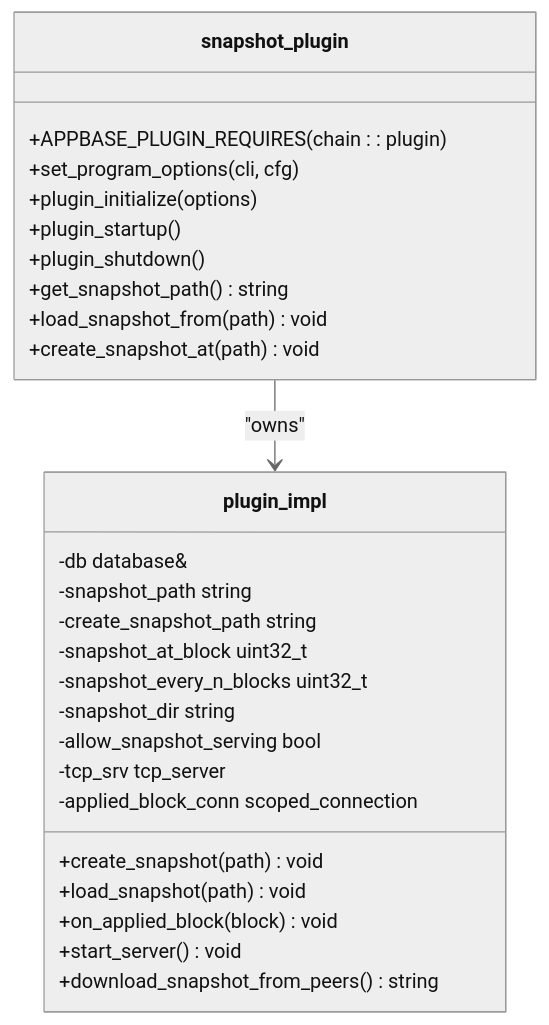
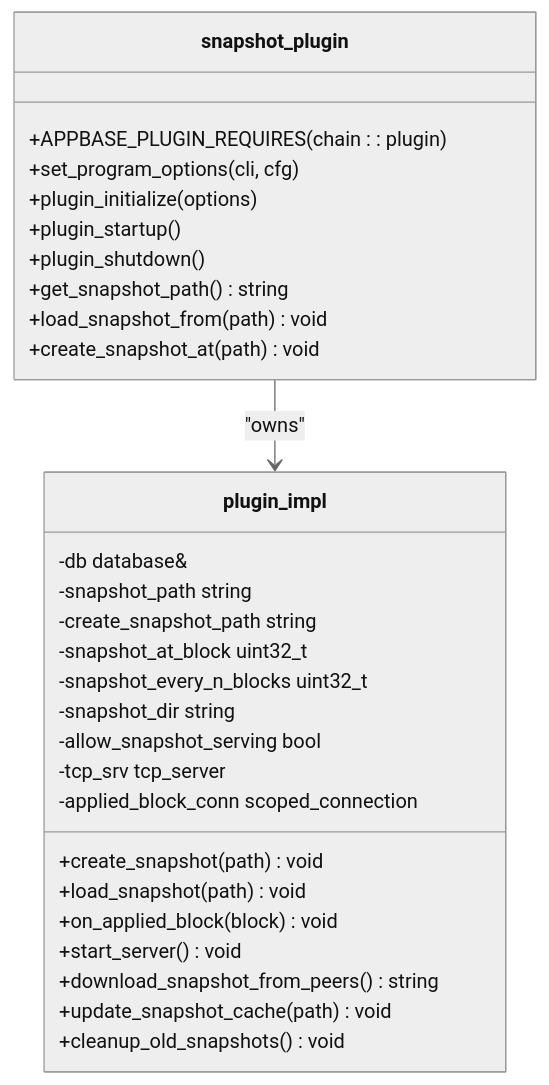
One commit to VIZ-Blockchain/viz-cpp-node changed the third of 21 diagrams in .qoder/repowiki/en/content/Plugin System/Snapshot Plugin System.md. Above: the diagram before and after it, drawn with Mermaid (neutral theme). The commit also changed other lines of this file and 2 other files, not shown here.

First line of the commit message:
feat(snapshot): enhance snapshot system with p2p sync, progress, and directory management

````diff
--- a/.qoder/repowiki/en/content/Plugin System/Snapshot Plugin System.md
+++ b/.qoder/repowiki/en/content/Plugin System/Snapshot Plugin System.md
@@ -146,30 +161,32 @@
 ```mermaid
 classDiagram
 class snapshot_plugin {
 +APPBASE_PLUGIN_REQUIRES(chain : : plugin)
 +set_program_options(cli, cfg)
 +plugin_initialize(options)
 +plugin_startup()
 +plugin_shutdown()
 +get_snapshot_path() string
 +load_snapshot_from(path) void
 +create_snapshot_at(path) void
 }
 class plugin_impl {
 -db database&
 -snapshot_path string
 -create_snapshot_path string
 -snapshot_at_block uint32_t
 -snapshot_every_n_blocks uint32_t
 -snapshot_dir string
 -allow_snapshot_serving bool
 -tcp_srv tcp_server
 -applied_block_conn scoped_connection
 +create_snapshot(path) void
 +load_snapshot(path) void
 +on_applied_block(block) void
 +start_server() void
 +download_snapshot_from_peers() string
++update_snapshot_cache(path) void
++cleanup_old_snapshots() void
 }
 snapshot_plugin --> plugin_impl : "owns"
 ```
````
